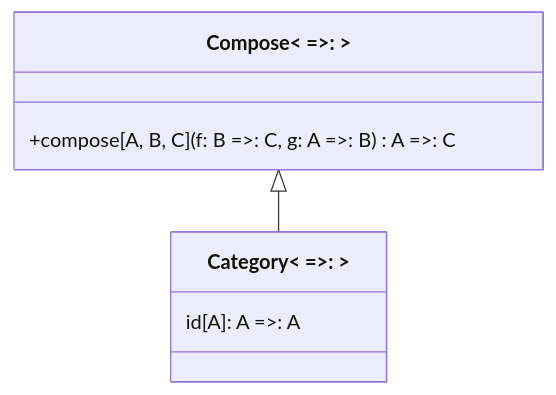
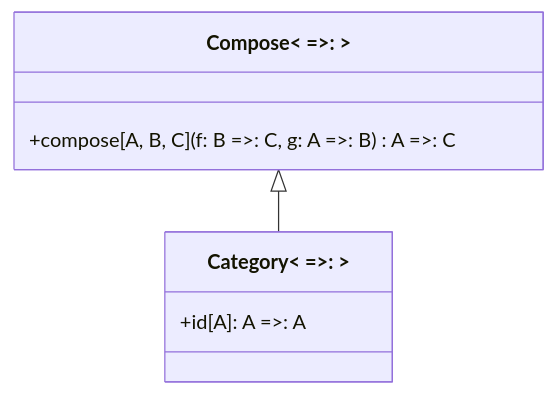
One commit to artemkorsakov/scalabook changed the diagram in docs/typeclass/arrow/category.md. Above: the diagram before and after it, drawn with Mermaid. The commit also changed 4 other files, not shown here.

````diff
--- a/docs/typeclass/arrow/category.md
+++ b/docs/typeclass/arrow/category.md
@@ -270,10 +270,10 @@
 ```mermaid
 classDiagram
     class Compose~ =>: ~{
         +compose[A, B, C](f: B =>: C, g: A =>: B) A =>: C
     }
     class Category~ =>: ~{
-        id[A]: A =>: A    
+        +id[A]: A =>: A    
     }
     Compose <|-- Category 
 ```
````
